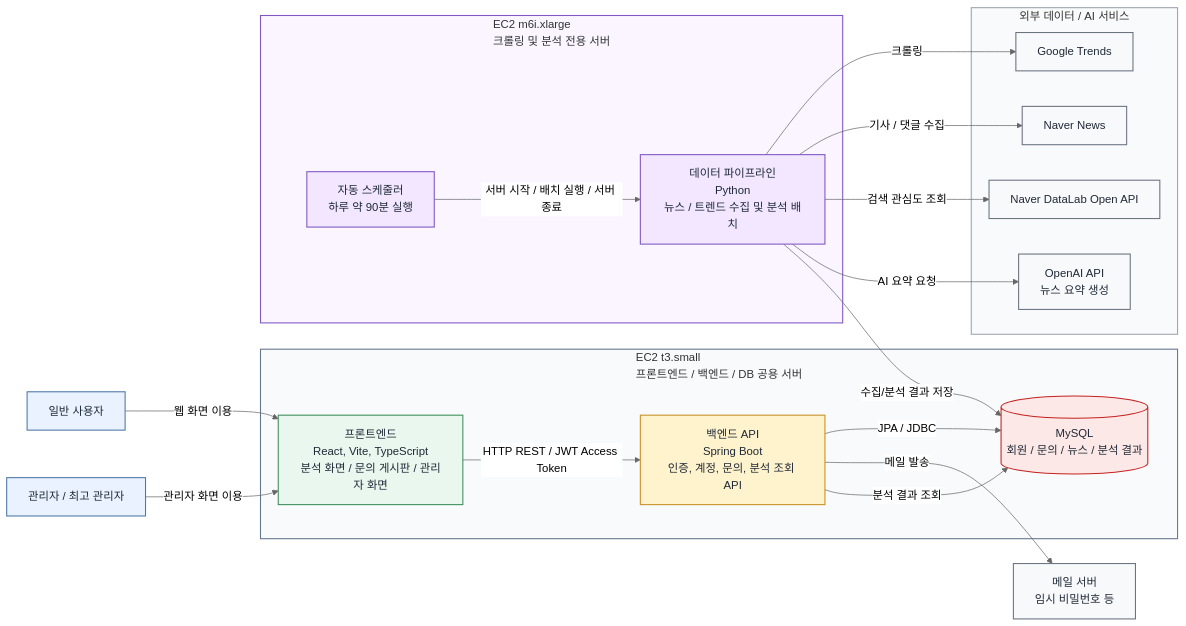
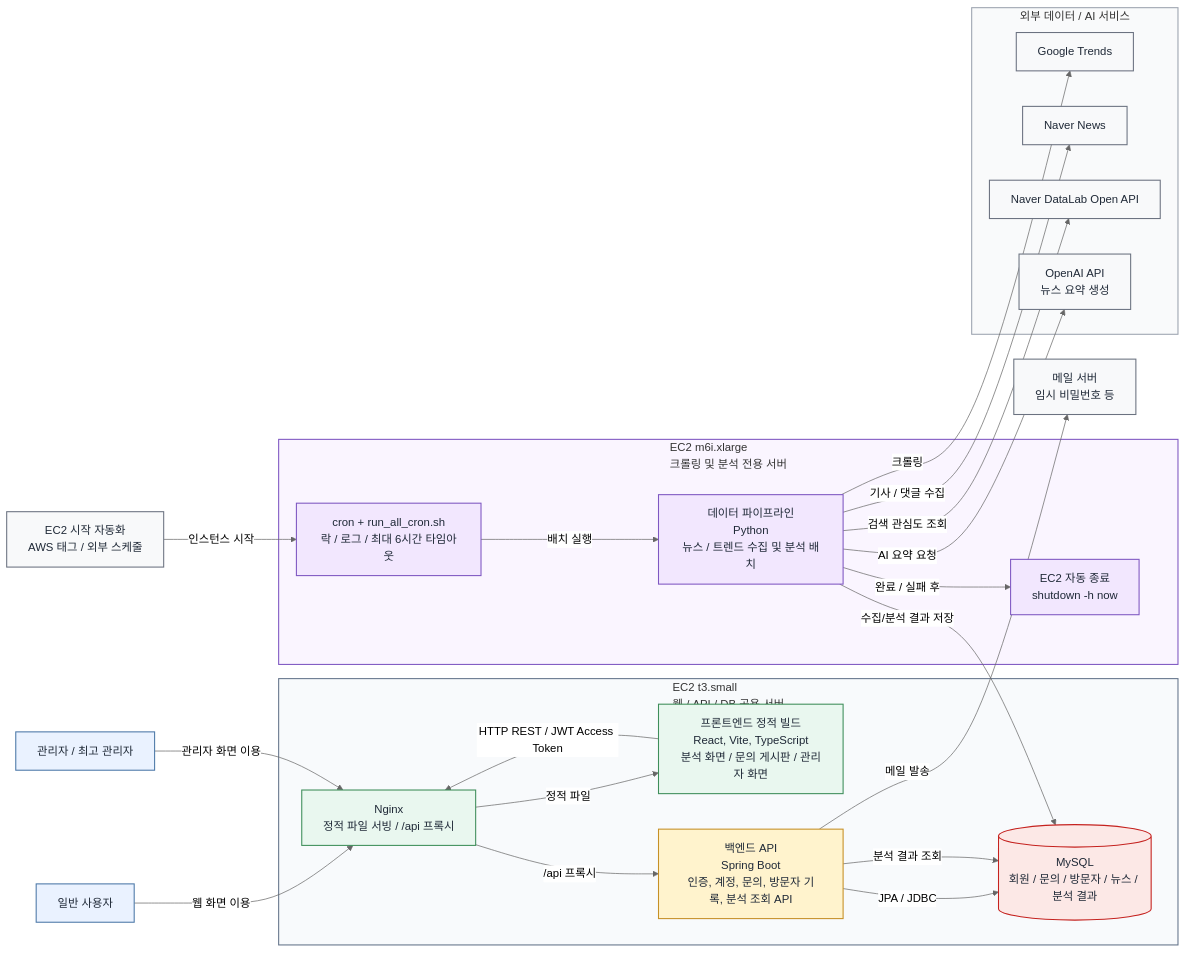
One commit to sssat/graduation-project changed the first of 5 diagrams in docs/architecture-draft.md. Above: the diagram before and after it, drawn with Mermaid (neutral theme). The commit also changed other lines of this file and 1 other file, not shown here.

Commit message:
readme 문서 수정 및 아키텍처 설계도 보완

````diff
--- a/docs/architecture-draft.md
+++ b/docs/architecture-draft.md
@@ -5,56 +5,64 @@
 ```mermaid
 flowchart LR
   User["일반 사용자"]
   Admin["관리자 / 최고 관리자"]
 
-  subgraph AppServer["EC2 t3.small<br/>프론트엔드 / 백엔드 / DB 공용 서버"]
-    Frontend["프론트엔드<br/>React, Vite, TypeScript<br/>분석 화면 / 문의 게시판 / 관리자 화면"]
-    Backend["백엔드 API<br/>Spring Boot<br/>인증, 계정, 문의, 분석 조회 API"]
-    DB[("MySQL<br/>회원 / 문의 / 뉴스 / 분석 결과")]
+  StartAutomation["EC2 시작 자동화<br/>AWS 태그 / 외부 스케줄"]
+
+  subgraph AppServer["EC2 t3.small<br/>웹 / API / DB 공용 서버"]
+    Nginx["Nginx<br/>정적 파일 서빙 / /api 프록시"]
+    Frontend["프론트엔드 정적 빌드<br/>React, Vite, TypeScript<br/>분석 화면 / 문의 게시판 / 관리자 화면"]
+    Backend["백엔드 API<br/>Spring Boot<br/>인증, 계정, 문의, 방문자 기록, 분석 조회 API"]
+    DB[("MySQL<br/>회원 / 문의 / 방문자 / 뉴스 / 분석 결과")]
   end
 
   subgraph BatchServer["EC2 m6i.xlarge<br/>크롤링 및 분석 전용 서버"]
-    Scheduler["자동 스케줄러<br/>하루 약 90분 실행"]
+    Scheduler["cron + run_all_cron.sh<br/>락 / 로그 / 최대 6시간 타임아웃"]
     Pipeline["데이터 파이프라인<br/>Python<br/>뉴스 / 트렌드 수집 및 분석 배치"]
+    Shutdown["EC2 자동 종료<br/>shutdown -h now"]
   end
 
   subgraph External["외부 데이터 / AI 서비스"]
     GoogleTrends["Google Trends"]
     NaverNews["Naver News"]
     NaverDataLab["Naver DataLab Open API"]
     OpenAI["OpenAI API<br/>뉴스 요약 생성"]
   end
 
   Mail["메일 서버<br/>임시 비밀번호 등"]
 
-  User -->|"웹 화면 이용"| Frontend
-  Admin -->|"관리자 화면 이용"| Frontend
-  Frontend -->|"HTTP REST / JWT Access Token"| Backend
+  User -->|"웹 화면 이용"| Nginx
+  Admin -->|"관리자 화면 이용"| Nginx
+  Nginx -->|"정적 파일"| Frontend
+  Frontend -->|"HTTP REST / JWT Access Token"| Nginx
+  Nginx -->|/api 프록시| Backend
   Backend -->|"JPA / JDBC"| DB
   Backend -->|"메일 발송"| Mail
 
-  Scheduler -->|"서버 시작 / 배치 실행 / 서버 종료"| Pipeline
+  StartAutomation -->|"인스턴스 시작"| Scheduler
+  Scheduler -->|"배치 실행"| Pipeline
+  Pipeline -->|"완료 / 실패 후"| Shutdown
   Pipeline -->|"크롤링"| GoogleTrends
   Pipeline -->|"기사 / 댓글 수집"| NaverNews
   Pipeline -->|"검색 관심도 조회"| NaverDataLab
   Pipeline -->|"AI 요약 요청"| OpenAI
   Pipeline -->|"수집/분석 결과 저장"| DB
 
   Backend -->|"분석 결과 조회"| DB
 
   classDef actor fill:#EAF2FF,stroke:#4C78A8,color:#1F2937,stroke-width:1.5px
   classDef app fill:#E9F7EF,stroke:#3E8E5A,color:#1F2937,stroke-width:1.5px
   classDef api fill:#FFF3CD,stroke:#C69026,color:#1F2937,stroke-width:1.5px
   classDef batch fill:#F2E7FE,stroke:#7E57C2,color:#1F2937,stroke-width:1.5px
   classDef db fill:#FCE8E6,stroke:#C5221F,color:#1F2937,stroke-width:1.5px
   classDef external fill:#F8F9FA,stroke:#6B7280,color:#1F2937,stroke-width:1.5px
   class User,Admin actor
-  class Frontend app
+  class Nginx,Frontend app
   class Backend api
-  class Scheduler,Pipeline batch
+  class Scheduler,Pipeline,Shutdown batch
   class DB db
-  class GoogleTrends,NaverNews,NaverDataLab,OpenAI,Mail external
+  class StartAutomation,GoogleTrends,NaverNews,NaverDataLab,OpenAI,Mail external
   style AppServer fill:#F8FAFC,stroke:#64748B,stroke-width:1.5px
   style BatchServer fill:#FAF5FF,stroke:#7E57C2,stroke-width:1.5px
   style External fill:#F9FAFB,stroke:#9CA3AF,stroke-width:1.5px
 ```
````
